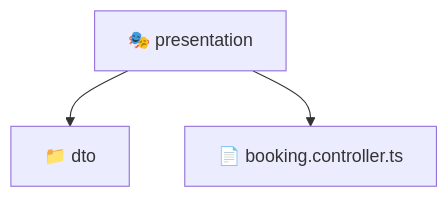
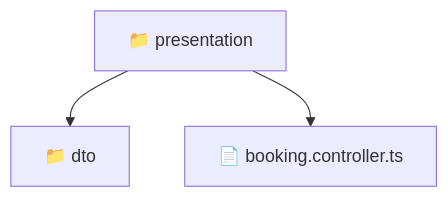
One commit to beginwebdev2002/fullstack-mavluda changed the diagram in backend/src/modules/booking/presentation/README.md. Above: the diagram before and after it, drawn with Mermaid. The commit also changed other lines of this file and 159 other files, not shown here.

````diff
--- a/backend/src/modules/booking/presentation/README.md
+++ b/backend/src/modules/booking/presentation/README.md
@@ -11,6 +9,6 @@
 ```mermaid
 graph TD
-  presentation["🎭 presentation"]
-  presentation --> presentation_dto["📁 dto"]
-  presentation --> presentation_booking_controller_ts["📄 booking.controller.ts"]
+  Root["📁 presentation"]
+  Root --> dto["📁 dto"]
+  Root --> booking_controller_ts["📄 booking.controller.ts"]
 ```
````
